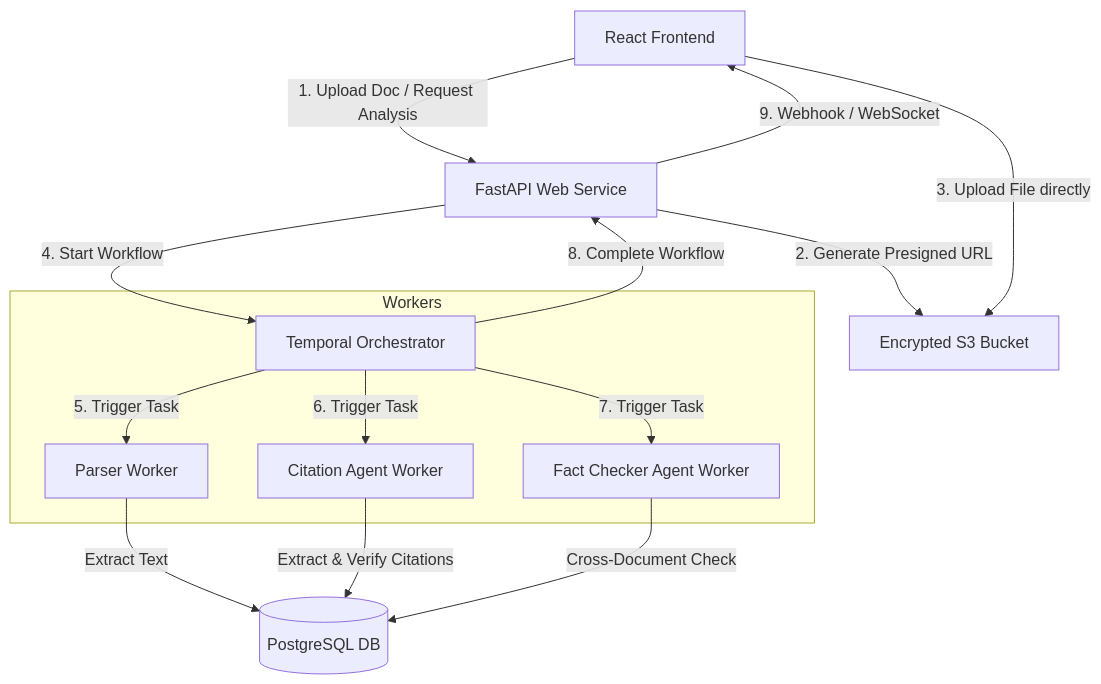
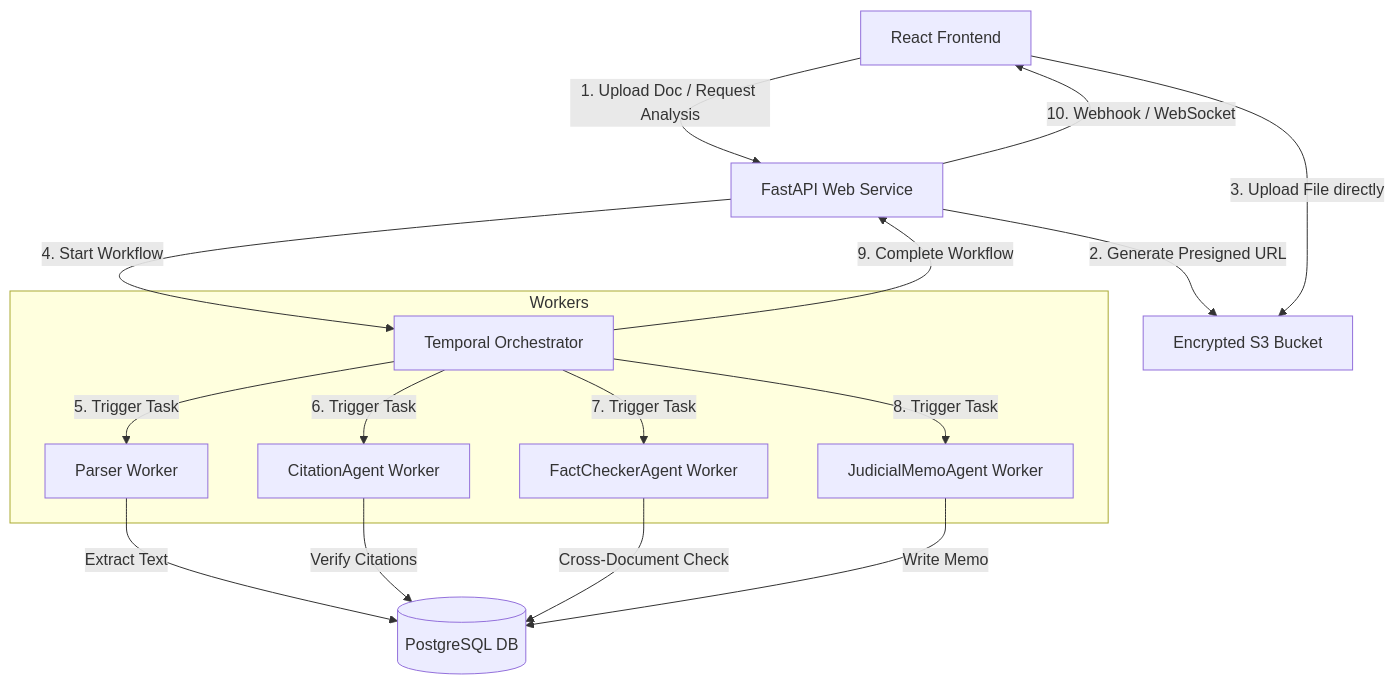
One commit to lucasmendes-dev/lh-ai-fs changed the diagram in docs/production-readiness.md. Above: the diagram before and after it, drawn with Mermaid. The commit also changed other lines of this file and 12 other files, not shown here.

````diff
--- a/docs/production-readiness.md
+++ b/docs/production-readiness.md
@@ -25,20 +25,22 @@
 ```mermaid
 graph TD
     Client[React Frontend] -->|1. Upload Doc / Request Analysis| API[FastAPI Web Service]
     API -->|2. Generate Presigned URL| S3[Encrypted S3 Bucket]
     Client -->|3. Upload File directly| S3
     API -->|4. Start Workflow| Temp[Temporal Orchestrator]
     
     subgraph Workers
         Temp -->|5. Trigger Task| PW[Parser Worker]
-        Temp -->|6. Trigger Task| CAW[Citation Agent Worker]
-        Temp -->|7. Trigger Task| FCW[Fact Checker Agent Worker]
+        Temp -->|6. Trigger Task| CAW[CitationAgent Worker]
+        Temp -->|7. Trigger Task| FCW[FactCheckerAgent Worker]
+        Temp -->|8. Trigger Task| JMW[JudicialMemoAgent Worker]
     end
     
     PW -->|Extract Text| DB[(PostgreSQL DB)]
-    CAW -->|Extract & Verify Citations| DB
+    CAW -->|Verify Citations| DB
     FCW -->|Cross-Document Check| DB
+    JMW -->|Write Memo| DB
     
-    Temp -->|8. Complete Workflow| API
-    API -->|9. Webhook / WebSocket| Client
+    Temp -->|9. Complete Workflow| API
+    API -->|10. Webhook / WebSocket| Client
 ```
````
